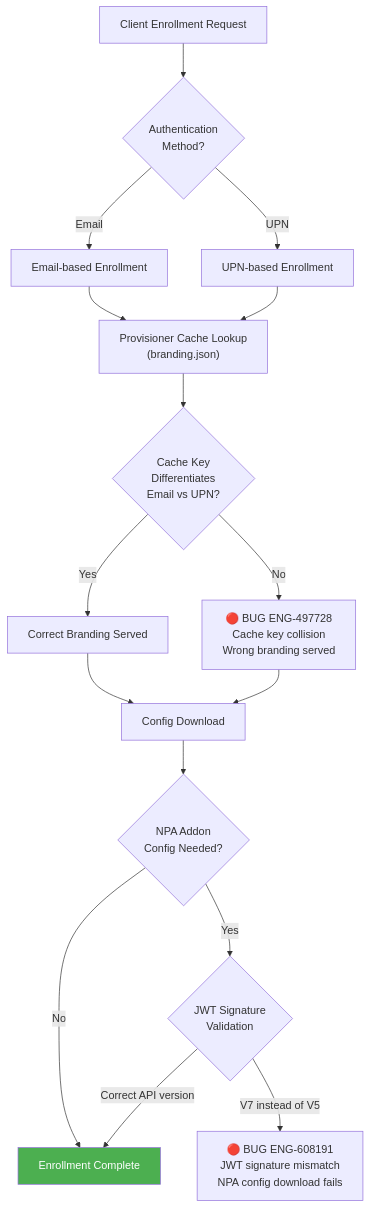
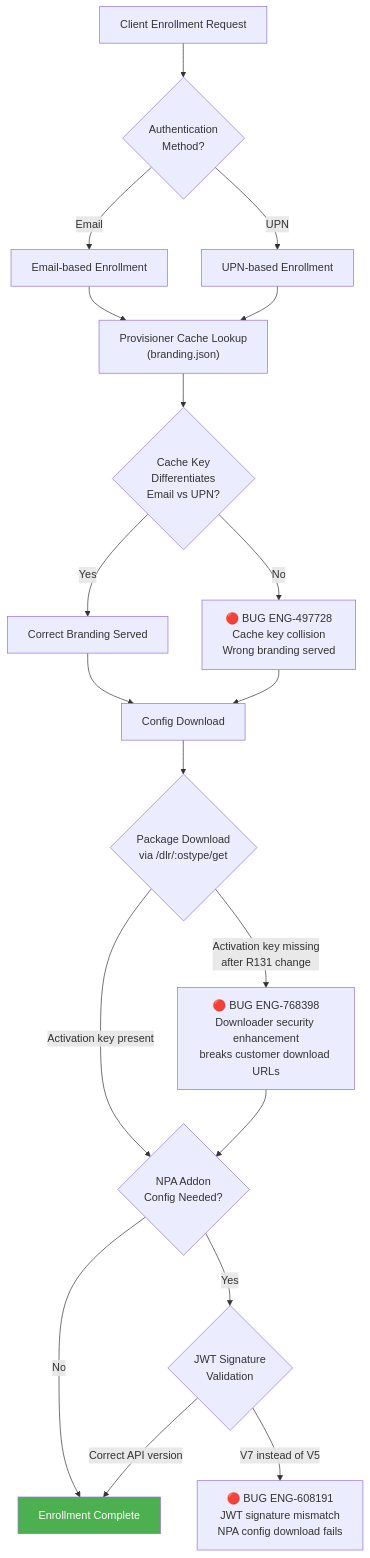
Before and after one commit to ns-klin/endpoint_system_test_plan: diagram 13 of 15 in chapters/01_installation.md, drawn with Mermaid. The commit also changed other lines of this file and 26 other files, not shown here.

First line of the commit message:
Add 87 bugs from Excel enrichment and integrate into mermaid diagrams

````diff
--- a/chapters/01_installation.md
+++ b/chapters/01_installation.md
@@ -866,24 +884,28 @@
 ```mermaid
 flowchart TD
     CLIENT[Client Enrollment Request] --> AUTH{Authentication<br/>Method?}
     AUTH -->|Email| EMAIL[Email-based Enrollment]
     AUTH -->|UPN| UPN[UPN-based Enrollment]
 
     EMAIL --> CACHE_LOOKUP["Provisioner Cache Lookup<br/>(branding.json)"]
     UPN --> CACHE_LOOKUP
 
     CACHE_LOOKUP --> KEY_CHECK{Cache Key<br/>Differentiates<br/>Email vs UPN?}
     KEY_CHECK -->|Yes| CORRECT[Correct Branding Served]
     KEY_CHECK -->|No| BUG_CACHE["🔴 BUG ENG-497728<br/>Cache key collision<br/>Wrong branding served"]
 
     CORRECT --> CONFIG_DL[Config Download]
     BUG_CACHE --> CONFIG_DL
 
-    CONFIG_DL --> NPA_CHECK{NPA Addon<br/>Config Needed?}
+    CONFIG_DL --> DL_API{Package Download<br/>via /dlr/:ostype/get}
+    DL_API -->|Activation key present| NPA_CHECK{NPA Addon<br/>Config Needed?}
+    DL_API -->|Activation key missing<br/>after R131 change| BUG_DLR["🔴 BUG ENG-768398<br/>Downloader security enhancement<br/>breaks customer download URLs"]
+    BUG_DLR --> NPA_CHECK
+
     NPA_CHECK -->|No| DONE[Enrollment Complete]
     NPA_CHECK -->|Yes| JWT{JWT Signature<br/>Validation}
     JWT -->|Correct API version| DONE
     JWT -->|V7 instead of V5| BUG_JWT["🔴 BUG ENG-608191<br/>JWT signature mismatch<br/>NPA config download fails"]
 
     style DONE fill:#4CAF50,color:#fff
 ```
````
